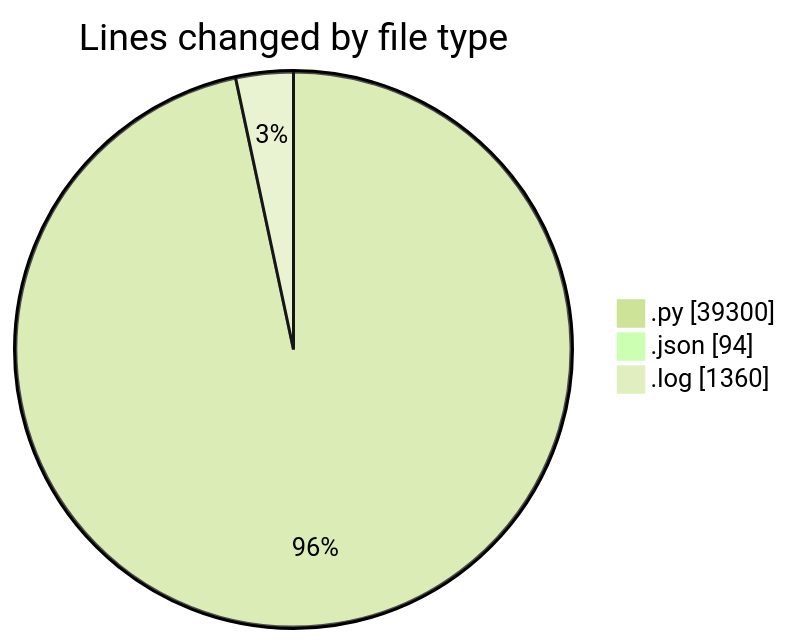
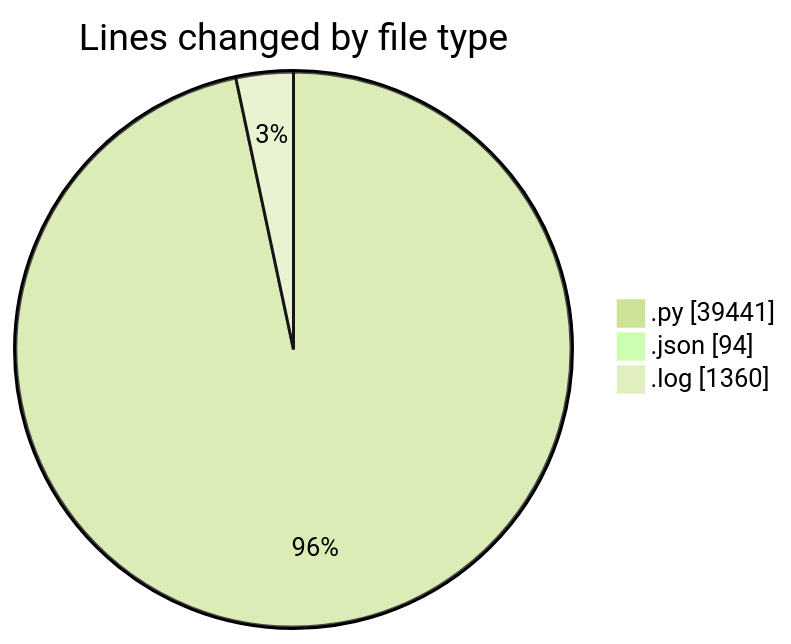
One commit to jrari/code-tracking changed the first of 2 diagrams in 2025-07-14/telebot/README.md. Above: the diagram before and after it, drawn with Mermaid (forest theme). The commit also changed other lines of this file and 1 other file, not shown here.

````diff
--- a/2025-07-14/telebot/README.md
+++ b/2025-07-14/telebot/README.md
@@ -65,7 +66,7 @@
 ```mermaid
 pie showData
 title Lines changed by file type
-".py" : 39300
+".py" : 39441
 ".json" : 94
 ".log" : 1360
 ```
````
